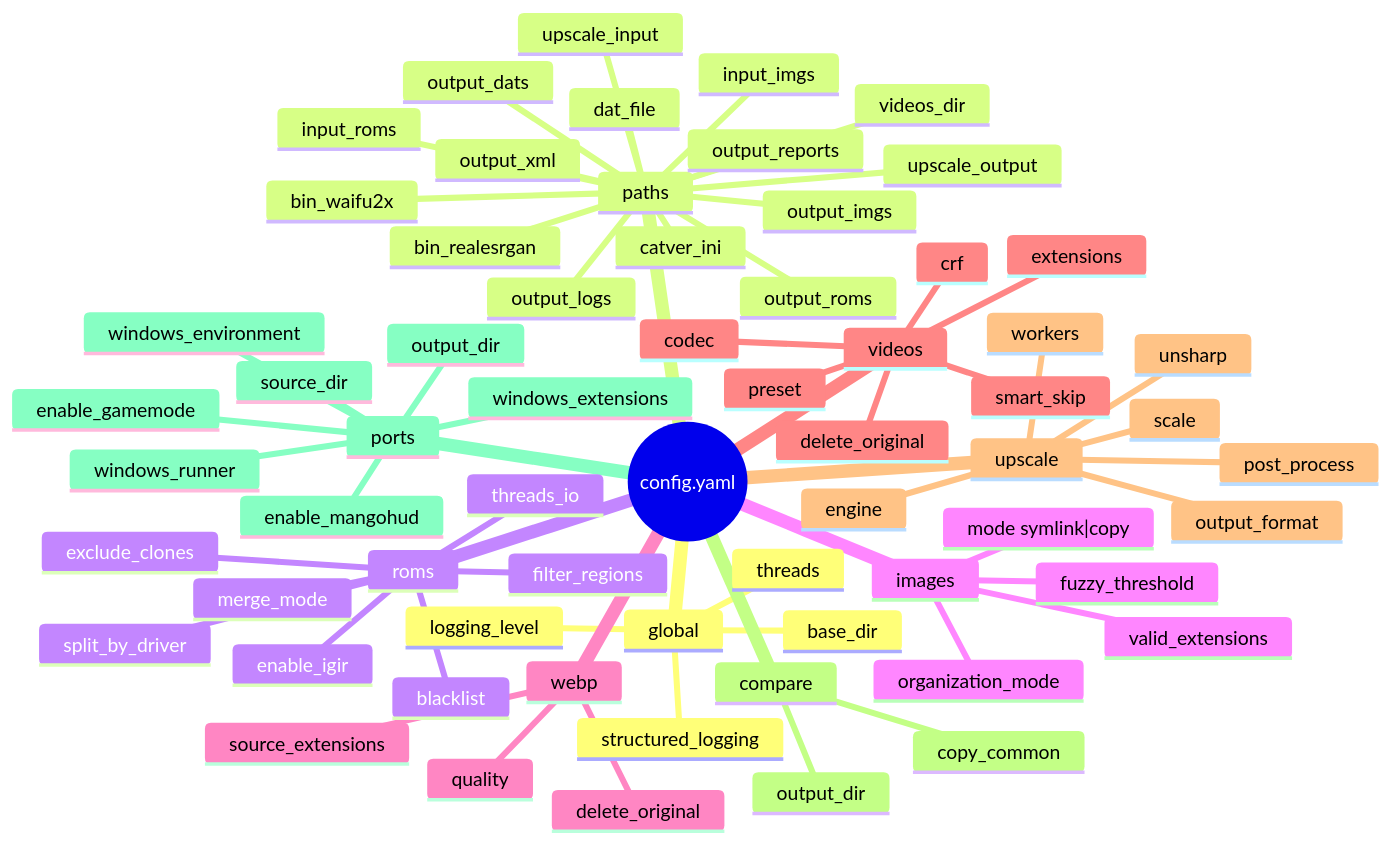
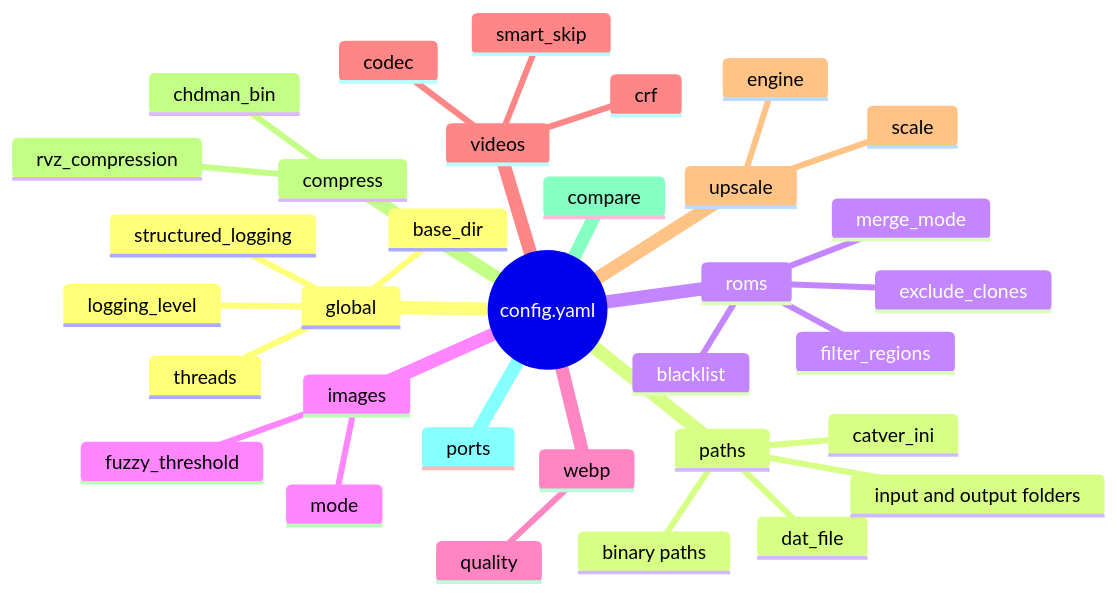
The tenth of 12 diagrams in README.md (RtaSistemas/EVS), drawn with Mermaid before and after one commit. The commit also changed other lines of this file and 1 other file, not shown here.

First line of the commit message:
docs: reescreve README em inglês simples (ASD-STE100) com diagramas Mermaid

````diff
--- a/README.md
+++ b/README.md
@@ -416,67 +595,36 @@
 ```mermaid
 mindmap
   root((config.yaml))
     global
       base_dir
       logging_level
       threads
       structured_logging
     paths
       dat_file
       catver_ini
-      input_roms
-      input_imgs
-      output_roms
-      output_imgs
-      output_xml
-      output_dats
-      output_reports
-      output_logs
-      videos_dir
-      upscale_input
-      upscale_output
-      bin_waifu2x
-      bin_realesrgan
+      input and output folders
+      binary paths
     roms
-      enable_igir
-      split_by_driver
       merge_mode
       filter_regions
       exclude_clones
       blacklist
-      threads_io
     images
-      mode symlink|copy
-      organization_mode
+      mode
       fuzzy_threshold
-      valid_extensions
     webp
       quality
-      delete_original
-      source_extensions
     videos
       codec
       crf
-      preset
-      delete_original
       smart_skip
-      extensions
     upscale
       engine
       scale
-      output_format
-      workers
-      post_process
-      unsharp
+    compress
+      chdman_bin
+      rvz_compression
     compare
-      output_dir
-      copy_common
     ports
-      source_dir
-      output_dir
-      windows_runner
-      enable_gamemode
-      enable_mangohud
-      windows_extensions
-      windows_environment
 ```
````
